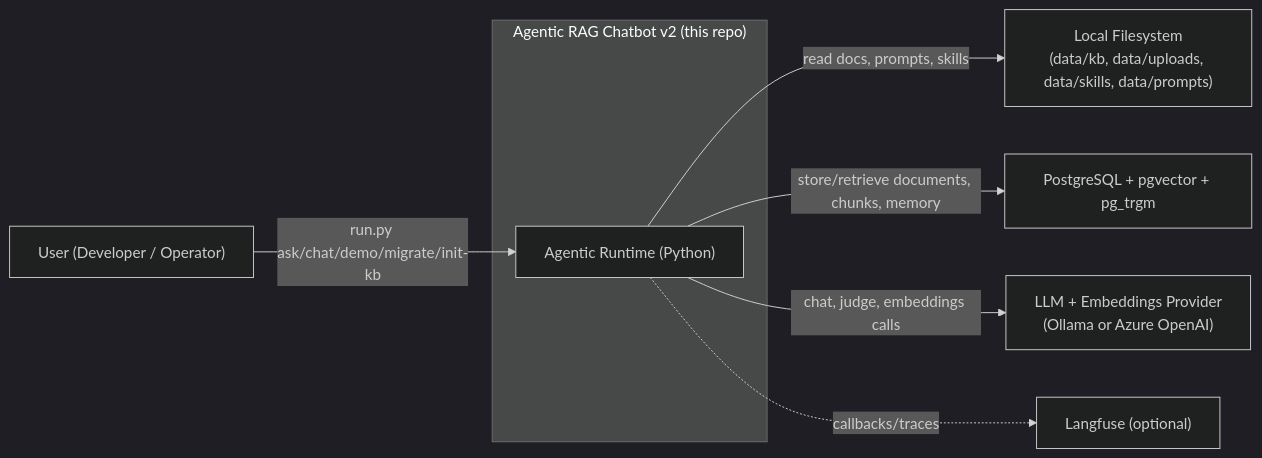
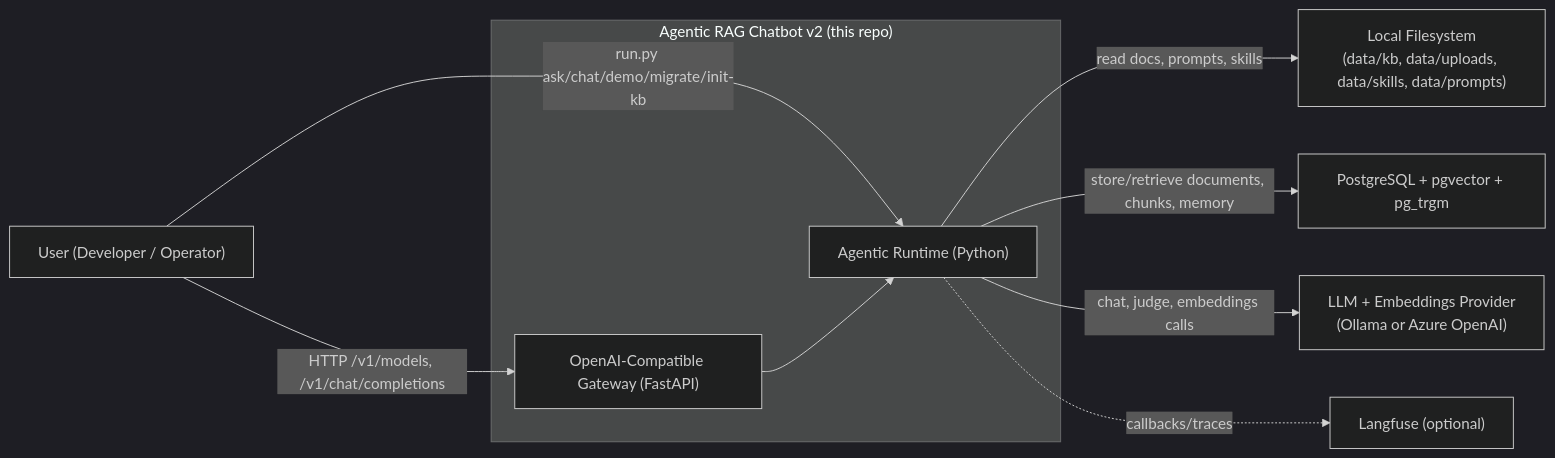
The first of 3 diagrams in docs/C4_ARCHITECTURE.md (browntitan/rag_agent), drawn with Mermaid (dark theme) before and after one commit. The commit also changed other lines of this file and 55 other files, not shown here.

````diff
--- a/docs/C4_ARCHITECTURE.md
+++ b/docs/C4_ARCHITECTURE.md
@@ -25,19 +26,22 @@
 ```mermaid
 flowchart LR
     user["User (Developer / Operator)"]
 
     subgraph system["Agentic RAG Chatbot v2 (this repo)"]
         app["Agentic Runtime (Python)"]
+        gateway["OpenAI-Compatible Gateway (FastAPI)"]
     end
 
     files["Local Filesystem\n(data/kb, data/uploads, data/skills, data/prompts)"]
     db["PostgreSQL + pgvector + pg_trgm"]
     llm["LLM + Embeddings Provider\n(Ollama or Azure OpenAI)"]
     langfuse["Langfuse (optional)"]
 
     user -->|"run.py ask/chat/demo/migrate/init-kb"| app
+    user -->|"HTTP /v1/models, /v1/chat/completions"| gateway
+    gateway --> app
     app -->|"read docs, prompts, skills"| files
     app -->|"store/retrieve documents, chunks, memory"| db
     app -->|"chat, judge, embeddings calls"| llm
     app -.->|"callbacks/traces"| langfuse
 ```
````
